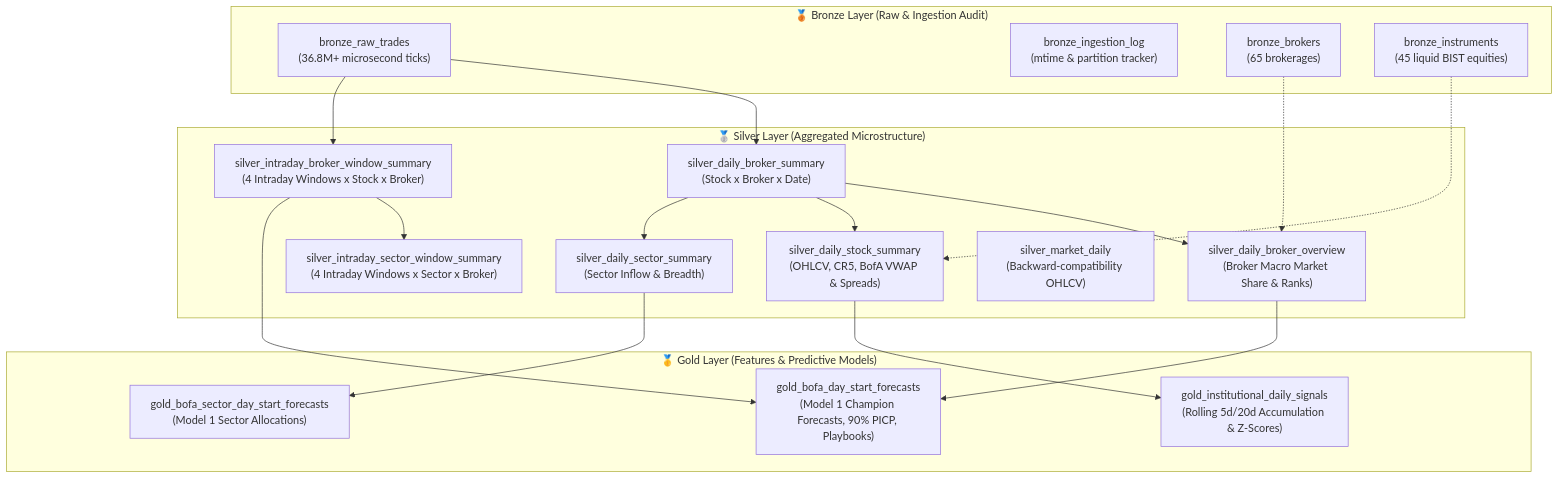
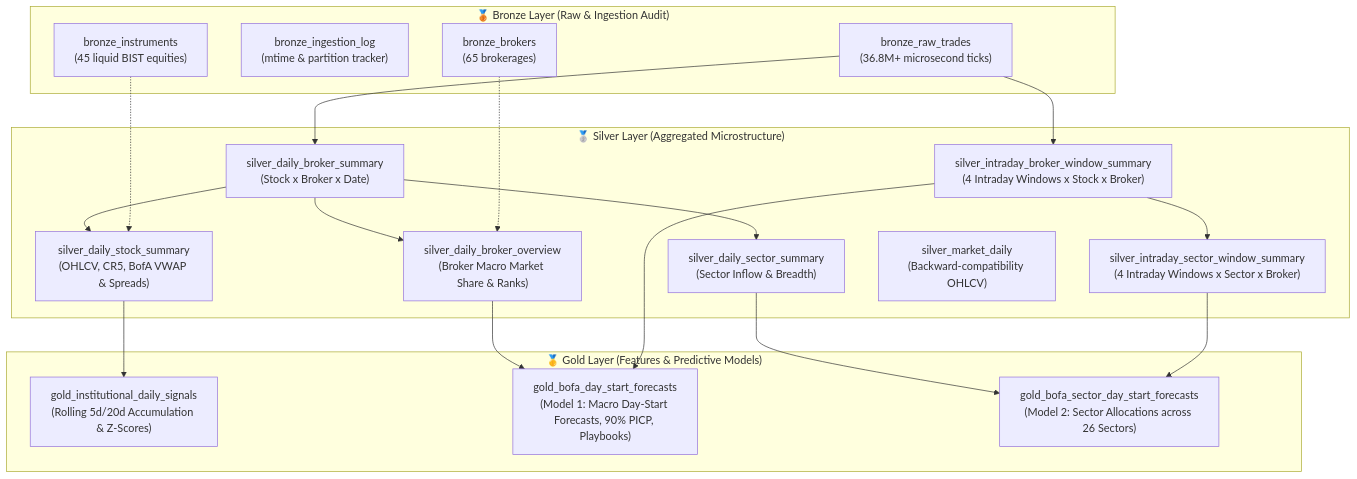
Before and after one commit to ozy-mdk/mdk-trade-oracle: the diagram in .agents/skills/mdk-medallion-pipeline/SKILL.md, drawn with Mermaid. The commit also changed other lines of this file and 4 other files, not shown here.

````diff
--- a/.agents/skills/mdk-medallion-pipeline/SKILL.md
+++ b/.agents/skills/mdk-medallion-pipeline/SKILL.md
@@ -28,40 +28,41 @@
 ```mermaid
 flowchart TD
     subgraph Bronze["🥉 Bronze Layer (Raw & Ingestion Audit)"]
         B_RAW["bronze_raw_trades<br/>(36.8M+ microsecond ticks)"]
         B_LOG["bronze_ingestion_log<br/>(mtime & partition tracker)"]
         B_BROK["bronze_brokers<br/>(65 brokerages)"]
         B_INST["bronze_instruments<br/>(45 liquid BIST equities)"]
     end
 
     subgraph Silver["🥈 Silver Layer (Aggregated Microstructure)"]
         S_BROK_SUM["silver_daily_broker_summary<br/>(Stock x Broker x Date)"]
         S_BROK_OVR["silver_daily_broker_overview<br/>(Broker Macro Market Share & Ranks)"]
         S_STK_SUM["silver_daily_stock_summary<br/>(OHLCV, CR5, BofA VWAP & Spreads)"]
         S_SEC_SUM["silver_daily_sector_summary<br/>(Sector Inflow & Breadth)"]
         S_WIN_BROK["silver_intraday_broker_window_summary<br/>(4 Intraday Windows x Stock x Broker)"]
         S_WIN_SEC["silver_intraday_sector_window_summary<br/>(4 Intraday Windows x Sector x Broker)"]
         S_MKT["silver_market_daily<br/>(Backward-compatibility OHLCV)"]
     end
 
     subgraph Gold["🥇 Gold Layer (Features & Predictive Models)"]
         G_SIG["gold_institutional_daily_signals<br/>(Rolling 5d/20d Accumulation & Z-Scores)"]
-        G_M1["gold_bofa_day_start_forecasts<br/>(Model 1 Champion Forecasts, 90% PICP, Playbooks)"]
-        G_M1_SEC["gold_bofa_sector_day_start_forecasts<br/>(Model 1 Sector Allocations)"]
+        G_M1["gold_bofa_day_start_forecasts<br/>(Model 1: Macro Day-Start Forecasts, 90% PICP, Playbooks)"]
+        G_M2["gold_bofa_sector_day_start_forecasts<br/>(Model 2: Sector Allocations across 26 Sectors)"]
     end
 
     B_RAW --> S_BROK_SUM
     B_RAW --> S_WIN_BROK
     B_BROK -.-> S_BROK_OVR
     B_INST -.-> S_STK_SUM
 
     S_BROK_SUM --> S_BROK_OVR
     S_BROK_SUM --> S_STK_SUM
     S_BROK_SUM --> S_SEC_SUM
     S_WIN_BROK --> S_WIN_SEC
 
     S_STK_SUM --> G_SIG
     S_WIN_BROK --> G_M1
     S_BROK_OVR --> G_M1
-    S_SEC_SUM --> G_M1_SEC
+    S_WIN_SEC --> G_M2
+    S_SEC_SUM --> G_M2
 ```
````
